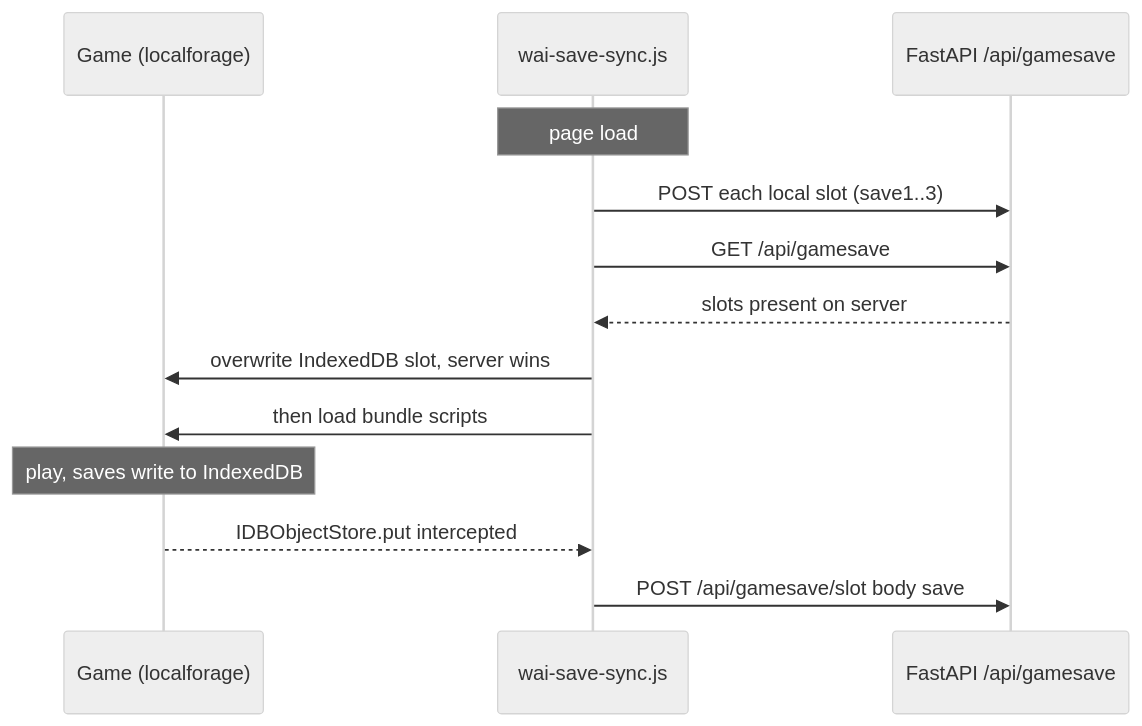
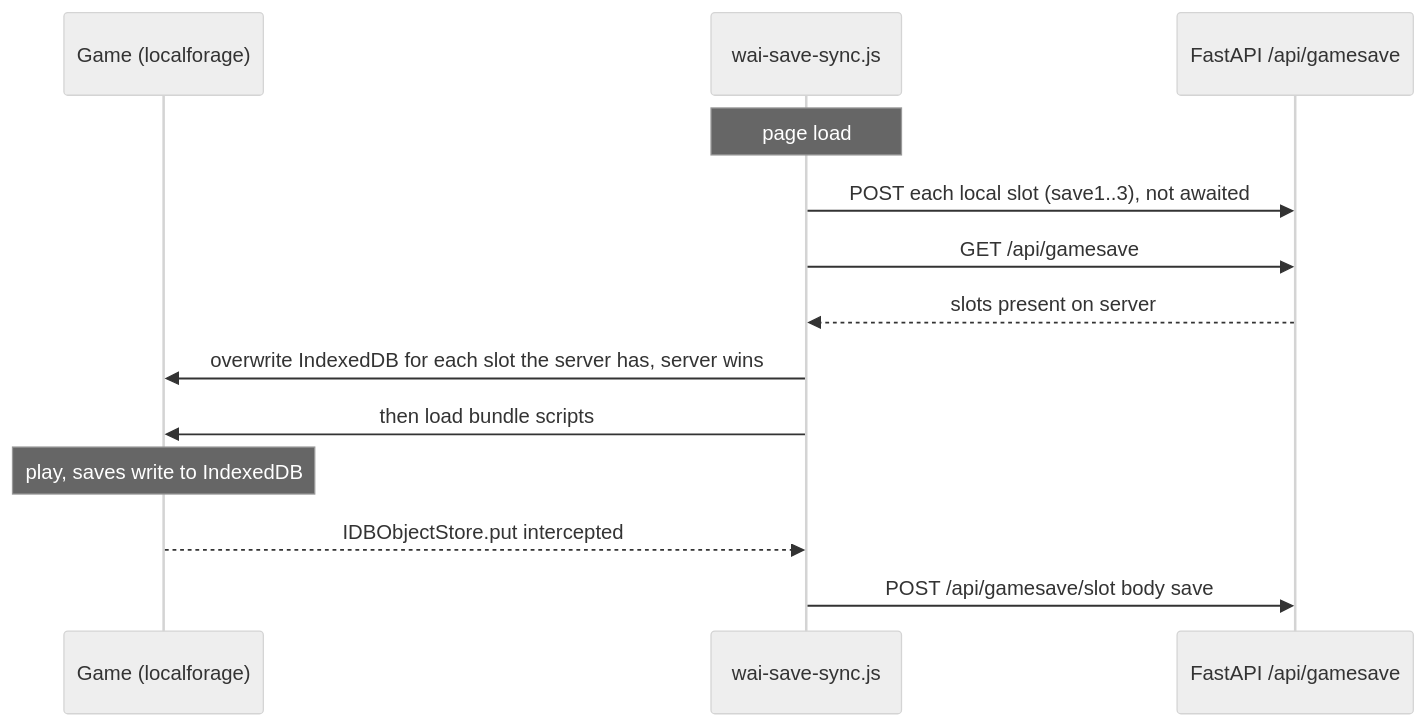
The diagram in docs/arch/save-sync.mmd (wai-lau/nightfall), drawn with Mermaid (neutral theme) before and after one commit. The commit also changed 11 other files, not shown here.

```diff
--- a/docs/arch/save-sync.mmd
+++ b/docs/arch/save-sync.mmd
@@ -1,13 +1,13 @@
 sequenceDiagram
     participant Game as Game (localforage)
     participant Sync as wai-save-sync.js
     participant API as FastAPI /api/gamesave
     Note over Sync: page load
-    Sync->>API: POST each local slot (save1..3)
+    Sync->>API: POST each local slot (save1..3), not awaited
     Sync->>API: GET /api/gamesave
     API-->>Sync: slots present on server
-    Sync->>Game: overwrite IndexedDB slot, server wins
+    Sync->>Game: overwrite IndexedDB for each slot the server has, server wins
     Sync->>Game: then load bundle scripts
     Note over Game: play, saves write to IndexedDB
     Game-->>Sync: IDBObjectStore.put intercepted
     Sync->>API: POST /api/gamesave/slot  body save
```
